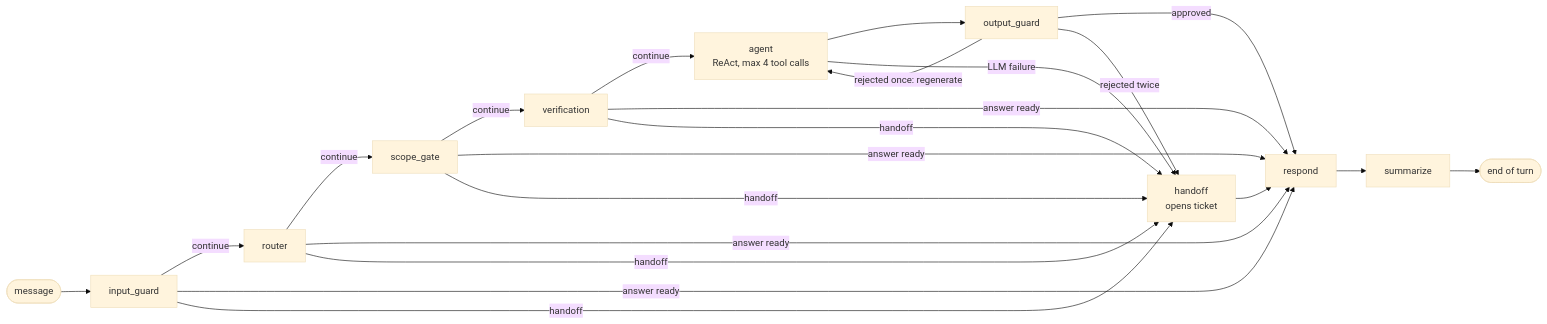
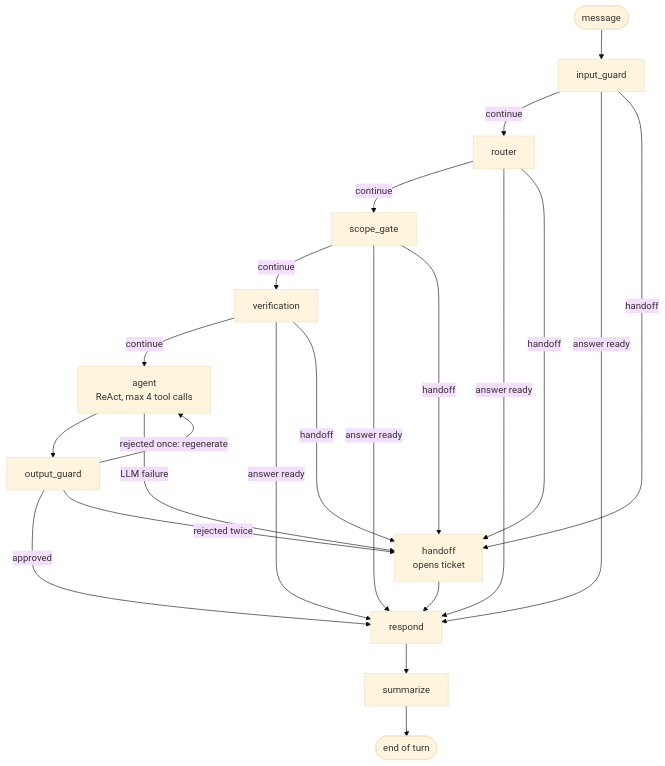
One commit to SamuelMauli/music-store-agent changed the diagram in README.md. Above: the diagram before and after it, drawn with Mermaid (base theme).

Commit message:
docs(readme): top-down graph diagram for readability

````diff
--- a/README.md
+++ b/README.md
@@ -82,18 +82,18 @@
 ```mermaid
-flowchart LR
+flowchart TD
     S([message]) --> IG[input_guard]
     IG -->|continue| RT[router]
     RT -->|continue| SG[scope_gate]
     SG -->|continue| V[verification]
     V -->|continue| AG[agent<br/>ReAct, max 4 tool calls]
     AG --> OG[output_guard]
     OG -->|rejected once: regenerate| AG
     OG -->|approved| R[respond]
     IG & RT & SG & V -->|answer ready| R
     IG & RT & SG & V -->|handoff| H[handoff<br/>opens ticket]
     AG -->|LLM failure| H
     OG -->|rejected twice| H
     H --> R
     R --> SU[summarize]
     SU --> E([end of turn])
 ```
````
